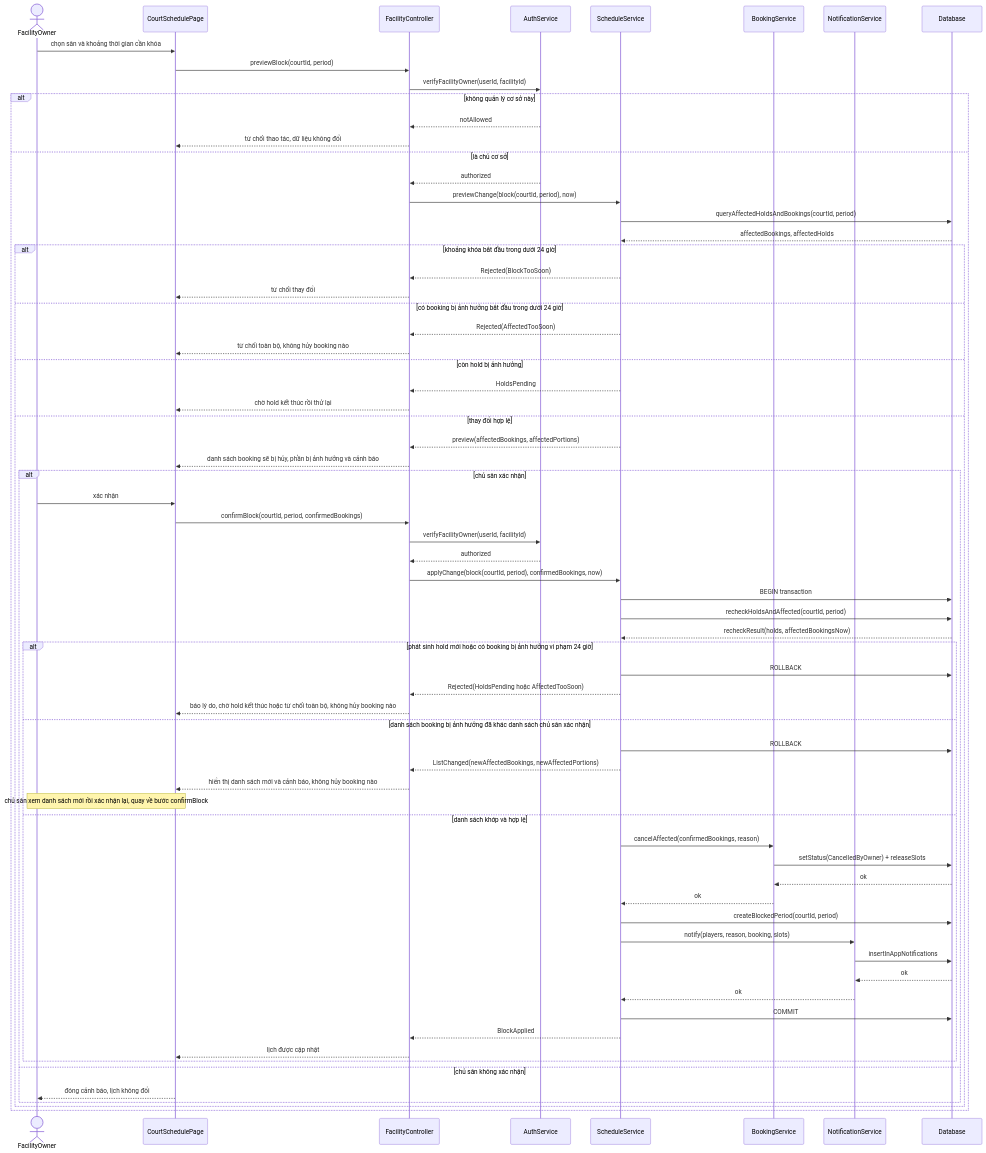
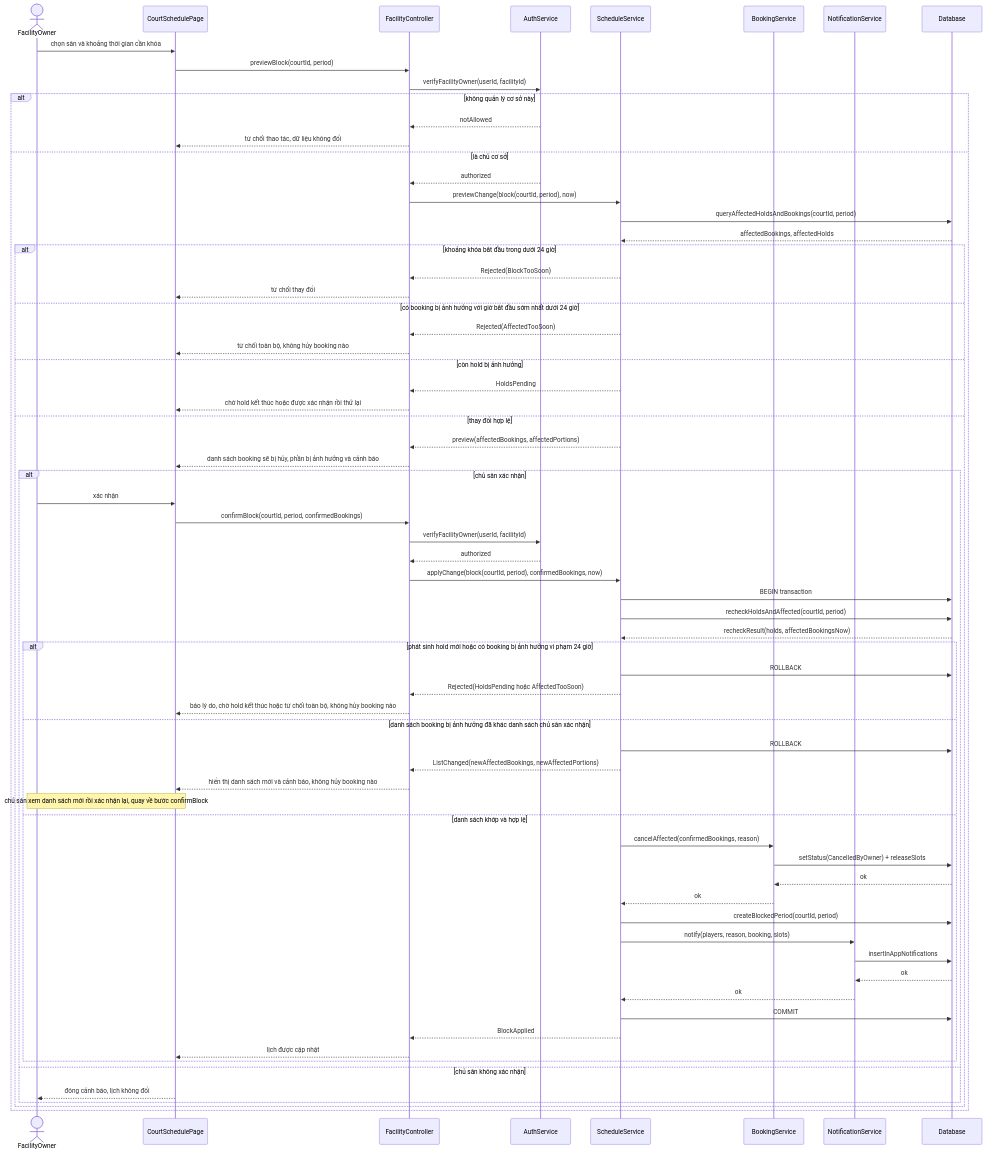
Before and after one commit to buikhoa130406/se-project-t04: the fifth of 6 diagrams in docs/design/sequences/sequence-diagrams.md, drawn with Mermaid. The commit also changed other lines of this file and 1 other file, not shown here.

````diff
--- a/docs/design/sequences/sequence-diagrams.md
+++ b/docs/design/sequences/sequence-diagrams.md
@@ -256,76 +256,76 @@
 ```mermaid
 sequenceDiagram
     actor FacilityOwner
     participant CourtSchedulePage
     participant FacilityController
     participant AuthService
     participant ScheduleService
     participant BookingService
     participant NotificationService
     participant Database
 
     FacilityOwner->>CourtSchedulePage: chọn sân và khoảng thời gian cần khóa
     CourtSchedulePage->>FacilityController: previewBlock(courtId, period)
     FacilityController->>AuthService: verifyFacilityOwner(userId, facilityId)
 
     alt không quản lý cơ sở này
         AuthService-->>FacilityController: notAllowed
         FacilityController-->>CourtSchedulePage: từ chối thao tác, dữ liệu không đổi
     else là chủ cơ sở
         AuthService-->>FacilityController: authorized
         FacilityController->>ScheduleService: previewChange(block(courtId, period), now)
         ScheduleService->>Database: queryAffectedHoldsAndBookings(courtId, period)
         Database-->>ScheduleService: affectedBookings, affectedHolds
 
         alt khoảng khóa bắt đầu trong dưới 24 giờ
             ScheduleService-->>FacilityController: Rejected(BlockTooSoon)
             FacilityController-->>CourtSchedulePage: từ chối thay đổi
-        else có booking bị ảnh hưởng bắt đầu trong dưới 24 giờ
+        else có booking bị ảnh hưởng với giờ bắt đầu sớm nhất dưới 24 giờ
             ScheduleService-->>FacilityController: Rejected(AffectedTooSoon)
             FacilityController-->>CourtSchedulePage: từ chối toàn bộ, không hủy booking nào
         else còn hold bị ảnh hưởng
             ScheduleService-->>FacilityController: HoldsPending
-            FacilityController-->>CourtSchedulePage: chờ hold kết thúc rồi thử lại
+            FacilityController-->>CourtSchedulePage: chờ hold kết thúc hoặc được xác nhận rồi thử lại
         else thay đổi hợp lệ
             ScheduleService-->>FacilityController: preview(affectedBookings, affectedPortions)
             FacilityController-->>CourtSchedulePage: danh sách booking sẽ bị hủy, phần bị ảnh hưởng và cảnh báo
 
             alt chủ sân xác nhận
                 FacilityOwner->>CourtSchedulePage: xác nhận
                 CourtSchedulePage->>FacilityController: confirmBlock(courtId, period, confirmedBookings)
                 FacilityController->>AuthService: verifyFacilityOwner(userId, facilityId)
                 AuthService-->>FacilityController: authorized
                 FacilityController->>ScheduleService: applyChange(block(courtId, period), confirmedBookings, now)
                 ScheduleService->>Database: BEGIN transaction
                 ScheduleService->>Database: recheckHoldsAndAffected(courtId, period)
                 Database-->>ScheduleService: recheckResult(holds, affectedBookingsNow)
 
                 alt phát sinh hold mới hoặc có booking bị ảnh hưởng vi phạm 24 giờ
                     ScheduleService->>Database: ROLLBACK
                     ScheduleService-->>FacilityController: Rejected(HoldsPending hoặc AffectedTooSoon)
                     FacilityController-->>CourtSchedulePage: báo lý do, chờ hold kết thúc hoặc từ chối toàn bộ, không hủy booking nào
                 else danh sách booking bị ảnh hưởng đã khác danh sách chủ sân xác nhận
                     ScheduleService->>Database: ROLLBACK
                     ScheduleService-->>FacilityController: ListChanged(newAffectedBookings, newAffectedPortions)
                     FacilityController-->>CourtSchedulePage: hiển thị danh sách mới và cảnh báo, không hủy booking nào
                     Note over FacilityOwner,CourtSchedulePage: chủ sân xem danh sách mới rồi xác nhận lại, quay về bước confirmBlock
                 else danh sách khớp và hợp lệ
                     ScheduleService->>BookingService: cancelAffected(confirmedBookings, reason)
                     BookingService->>Database: setStatus(CancelledByOwner) + releaseSlots
                     Database-->>BookingService: ok
                     BookingService-->>ScheduleService: ok
                     ScheduleService->>Database: createBlockedPeriod(courtId, period)
                     ScheduleService->>NotificationService: notify(players, reason, booking, slots)
                     NotificationService->>Database: insertInAppNotifications
                     Database-->>NotificationService: ok
                     NotificationService-->>ScheduleService: ok
                     ScheduleService->>Database: COMMIT
                     ScheduleService-->>FacilityController: BlockApplied
                     FacilityController-->>CourtSchedulePage: lịch được cập nhật
                 end
             else chủ sân không xác nhận
                 CourtSchedulePage-->>FacilityOwner: đóng cảnh báo, lịch không đổi
             end
         end
     end
 ```
````
